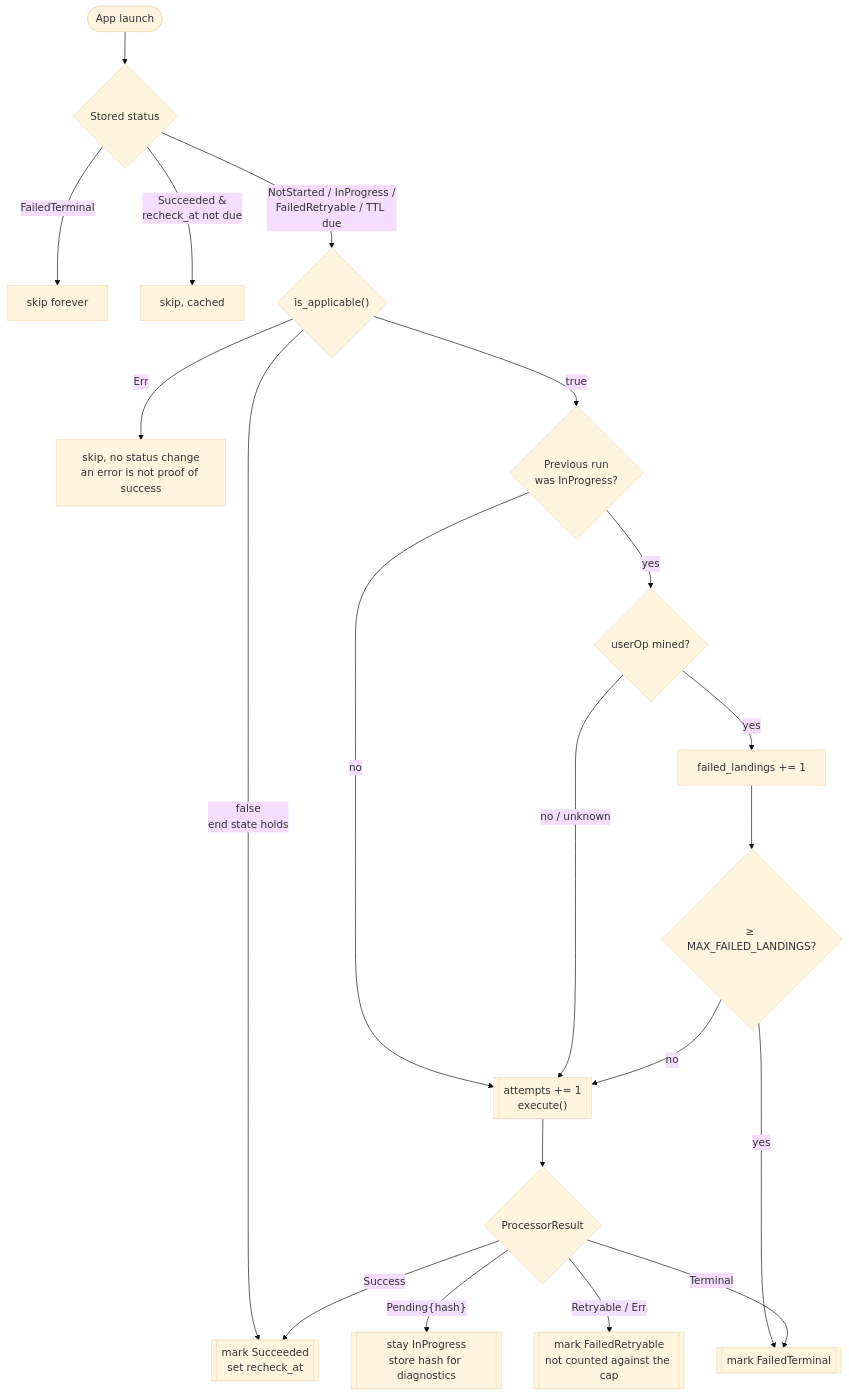
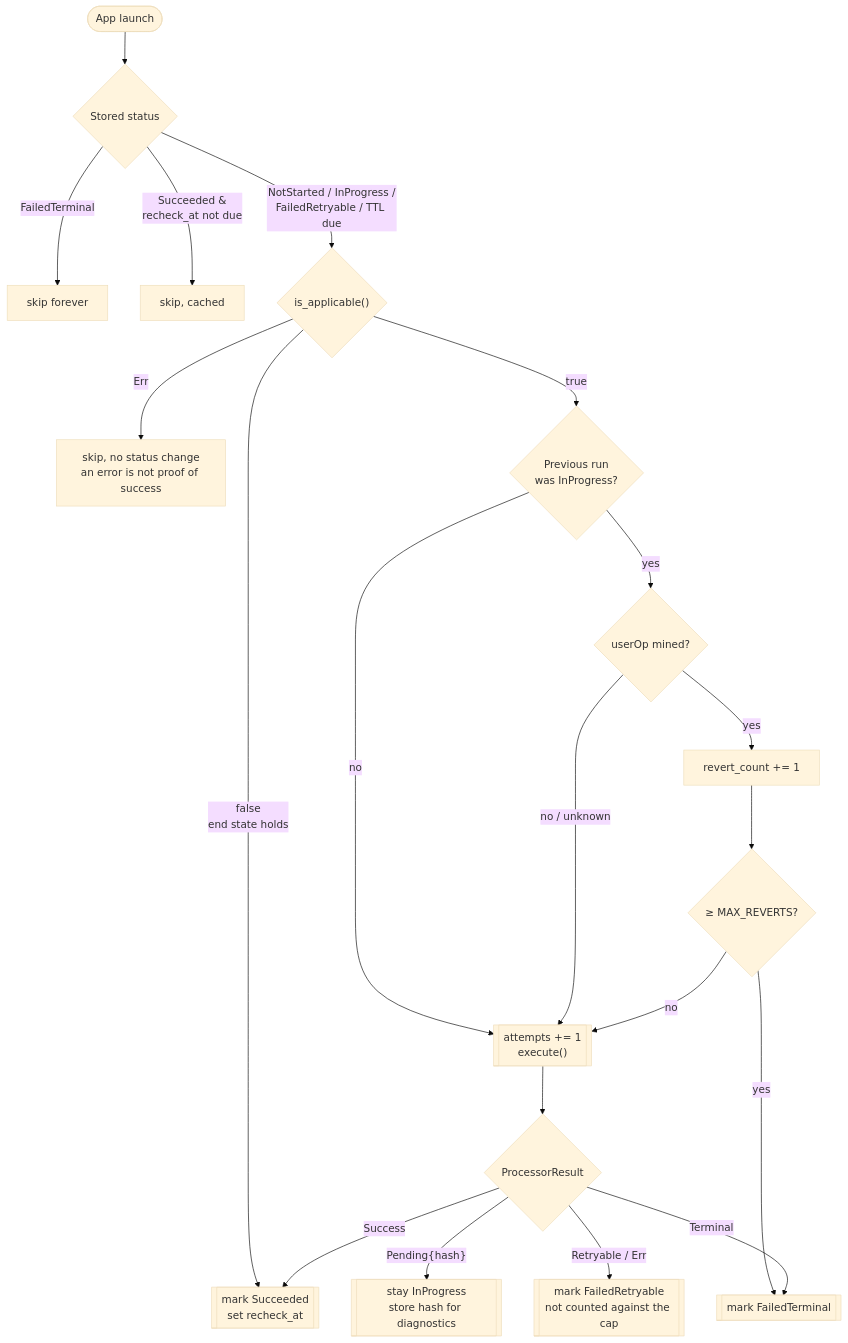
Before and after one commit to worldcoin/bedrock: the diagram in bedrock/src/migration/README.md, drawn with Mermaid (base theme). The commit also changed other lines of this file and 2 other files, not shown here.

Commit message:
refactor(migration): MAX_REVERTS = 3
Renames MAX_FAILED_LANDINGS to MAX_REVERTS and lowers the cap from 5 to
3. The counter field goes back to its original revert_count, which drops
the serde alias since the persisted key is unchanged.

````diff
--- a/bedrock/src/migration/README.md
+++ b/bedrock/src/migration/README.md
@@ -31,27 +31,27 @@
 ```mermaid
 flowchart TD
     Start([App launch]) --> Gate{Stored status}
 
     Gate -- FailedTerminal --> SkipT[skip forever]
     Gate -- "Succeeded &<br/>recheck_at not due" --> SkipC[skip, cached]
     Gate -- "NotStarted / InProgress /<br/>FailedRetryable / TTL due" --> Applicable{"is_applicable()"}
 
     Applicable -- Err --> SkipE[skip, no status change<br/>an error is not proof of success]
     Applicable -- "false<br/>end state holds" --> Done[["mark Succeeded<br/>set recheck_at"]]
     Applicable -- true --> WasPending{Previous run<br/>was InProgress?}
 
     WasPending -- no --> Exec
     WasPending -- yes --> Receipt{"userOp mined?"}
 
     Receipt -- "no / unknown" --> Exec[["attempts += 1<br/>execute()"]]
-    Receipt -- yes --> Count[failed_landings += 1]
-    Count --> Cap{"&ge; MAX_FAILED_LANDINGS?"}
+    Receipt -- yes --> Count[revert_count += 1]
+    Count --> Cap{"&ge; MAX_REVERTS?"}
     Cap -- yes --> Terminal[["mark FailedTerminal"]]
     Cap -- no --> Exec
 
     Exec --> Result{ProcessorResult}
     Result -- Success --> Done
     Result -- "Pending{hash}" --> InProg[["stay InProgress<br/>store hash for diagnostics"]]
     Result -- Retryable / Err --> Retry[["mark FailedRetryable<br/>not counted against the cap"]]
     Result -- Terminal --> Terminal
 ```
````
